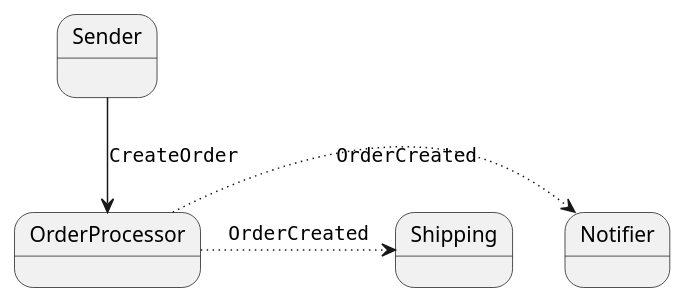
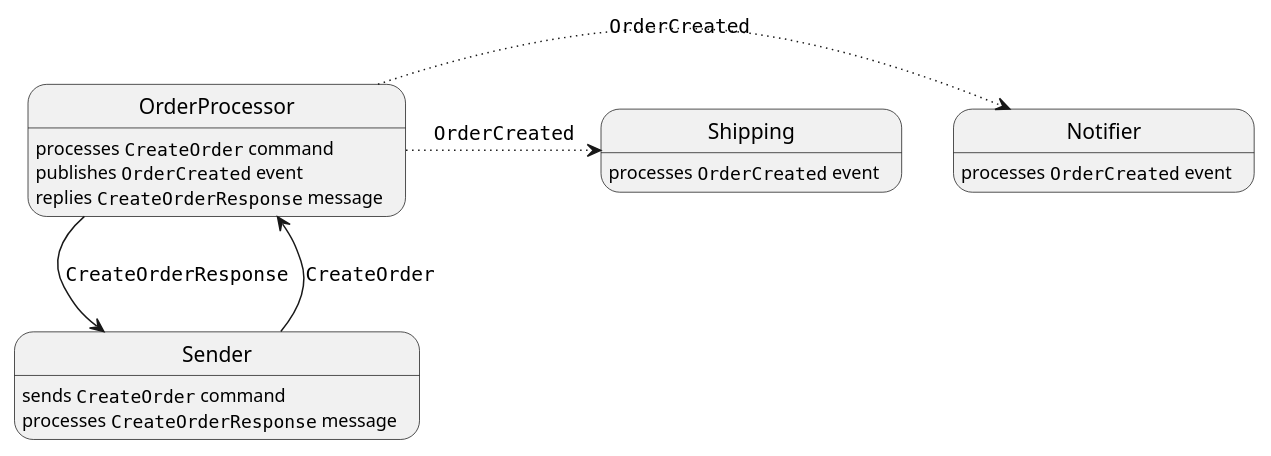
Before and after one commit to rioka/NsbBridgePlayground: the first of 2 diagrams in README.md, drawn with PlantUML. The commit also changed other lines of this file, not shown here.

````diff
--- a/README.md
+++ b/README.md
@@ -17,10 +17,19 @@
 ```puml
 @startuml
 
-Sender:
+Sender: sends ""CreateOrder"" command
+Sender: processes ""CreateOrderResponse"" message
 
-Sender --> OrderProcessor : ""CreateOrder""  
+OrderProcessor: processes ""CreateOrder"" command
+OrderProcessor: publishes ""OrderCreated"" event
+OrderProcessor: replies ""CreateOrderResponse"" message
+
+Notifier: processes ""OrderCreated"" event
+Shipping: processes ""OrderCreated"" event
+
+Sender --> OrderProcessor : ""CreateOrder""
+OrderProcessor --> Sender : ""CreateOrderResponse""    
 
 OrderProcessor -[dotted]> Notifier : ""OrderCreated""
 OrderProcessor -[dotted]> Shipping : ""OrderCreated""
 ```
````
